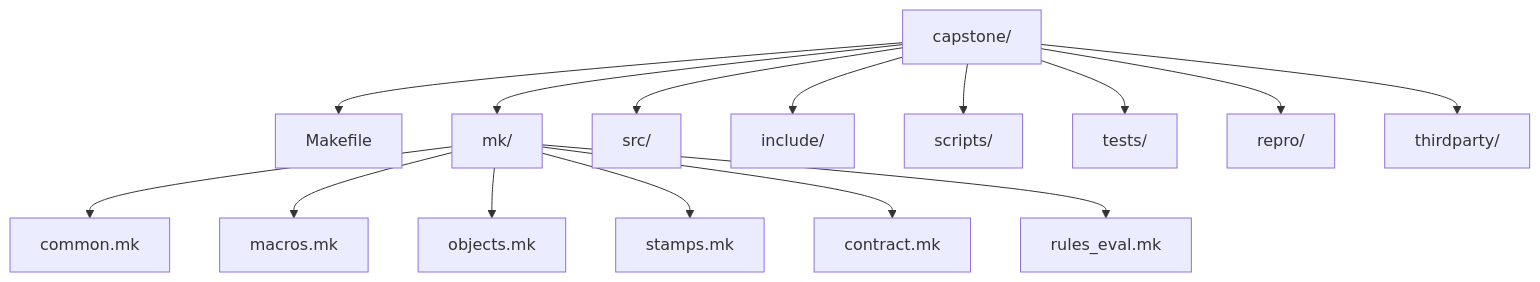
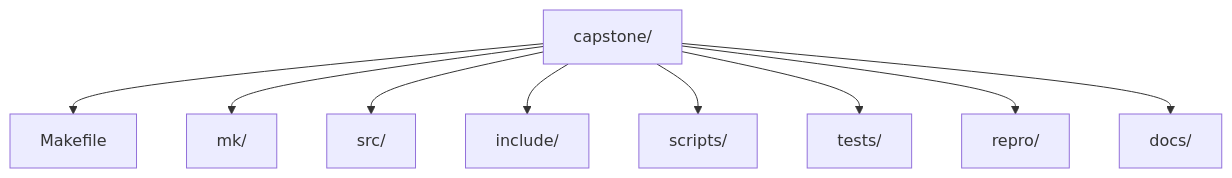
The third of 3 diagrams in programs/reproducible-research/deep-dive-make/capstone/README.md (bijux/bijux-masterclass), drawn with Mermaid before and after one commit. The commit also changed other lines of this file, not shown here.

Commit message:
docs(deep-dive-make): make capstone root question-first

````diff
--- a/programs/reproducible-research/deep-dive-make/capstone/README.md
+++ b/programs/reproducible-research/deep-dive-make/capstone/README.md
@@ -260,18 +89,12 @@
 ```mermaid
 graph TD
   capstone["capstone/"]
   capstone --> makefile["Makefile"]
   capstone --> mk["mk/"]
   capstone --> src["src/"]
   capstone --> include["include/"]
   capstone --> scripts["scripts/"]
   capstone --> tests["tests/"]
   capstone --> repro["repro/"]
-  capstone --> thirdparty["thirdparty/"]
-  mk --> common["common.mk"]
-  mk --> macros["macros.mk"]
-  mk --> objects["objects.mk"]
-  mk --> stamps["stamps.mk"]
-  mk --> contract["contract.mk"]
-  mk --> rulesEval["rules_eval.mk"]
+  capstone --> docs["docs/"]
 ```
````
